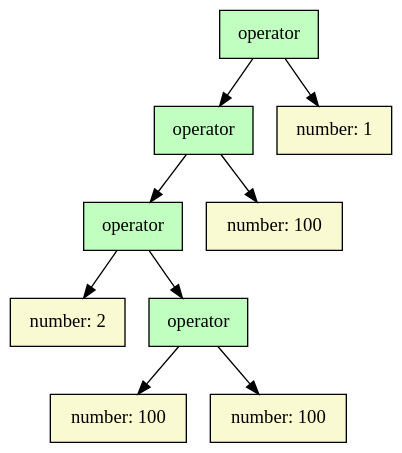
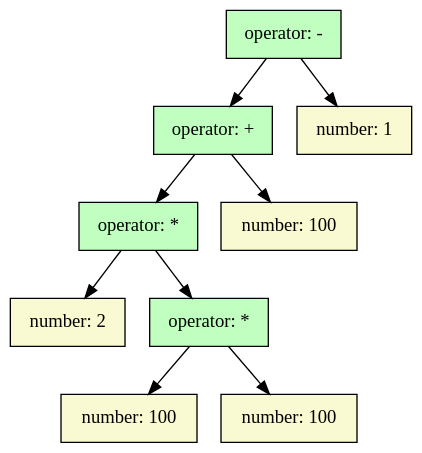
The second of 2 diagrams in docs/arithmetic.md (monogram-project/monogram-go), drawn with Graphviz before and after one commit. The commit also changed other lines of this file and 10 other files, not shown here.

````diff
--- a/docs/arithmetic.md
+++ b/docs/arithmetic.md
@@ -181,23 +173,23 @@
 ```dot
 digraph G {
   bgcolor="transparent";
   node [shape="box", style="filled", fontname="Ubuntu Mono"];
-  "136041549089344" [label="operator", shape="box", fillcolor="#C0FFC0"];
-  "136041549089424" [label="operator", shape="box", fillcolor="#C0FFC0"];
-  "136041549089344" -> "136041549089424";
-  "136041549089504" [label="operator", shape="box", fillcolor="#C0FFC0"];
-  "136041549089424" -> "136041549089504";
-  "136041549089584" [label="number: 2", shape="box", fillcolor="lightgoldenrodyellow"];
-  "136041549089504" -> "136041549089584";
-  "136041549089664" [label="operator", shape="box", fillcolor="#C0FFC0"];
-  "136041549089504" -> "136041549089664";
-  "136041549089744" [label="number: 100", shape="box", fillcolor="lightgoldenrodyellow"];
-  "136041549089664" -> "136041549089744";
-  "136041549089824" [label="number: 100", shape="box", fillcolor="lightgoldenrodyellow"];
-  "136041549089664" -> "136041549089824";
-  "136041549089904" [label="number: 100", shape="box", fillcolor="lightgoldenrodyellow"];
-  "136041549089424" -> "136041549089904";
-  "136041549089984" [label="number: 1", shape="box", fillcolor="lightgoldenrodyellow"];
-  "136041549089344" -> "136041549089984";
+  "126301167011136" [label="operator: -", shape="box", fillcolor="#C0FFC0"];
+  "126301167011216" [label="operator: +", shape="box", fillcolor="#C0FFC0"];
+  "126301167011136" -> "126301167011216";
+  "126301167011296" [label="operator: *", shape="box", fillcolor="#C0FFC0"];
+  "126301167011216" -> "126301167011296";
+  "126301167011376" [label="number: 2", shape="box", fillcolor="lightgoldenrodyellow"];
+  "126301167011296" -> "126301167011376";
+  "126301167011456" [label="operator: *", shape="box", fillcolor="#C0FFC0"];
+  "126301167011296" -> "126301167011456";
+  "126301167011536" [label="number: 100", shape="box", fillcolor="lightgoldenrodyellow"];
+  "126301167011456" -> "126301167011536";
+  "126301167011616" [label="number: 100", shape="box", fillcolor="lightgoldenrodyellow"];
+  "126301167011456" -> "126301167011616";
+  "126301167011696" [label="number: 100", shape="box", fillcolor="lightgoldenrodyellow"];
+  "126301167011216" -> "126301167011696";
+  "126301167011776" [label="number: 1", shape="box", fillcolor="lightgoldenrodyellow"];
+  "126301167011136" -> "126301167011776";
 }
 ```
````
